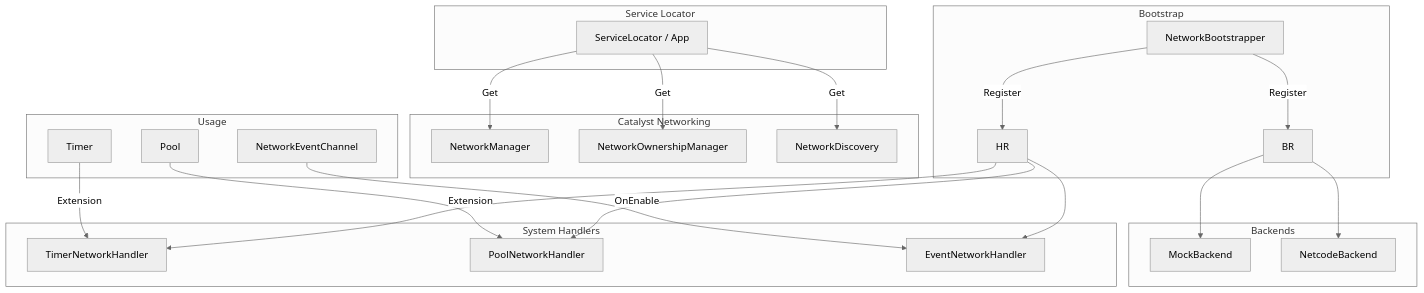
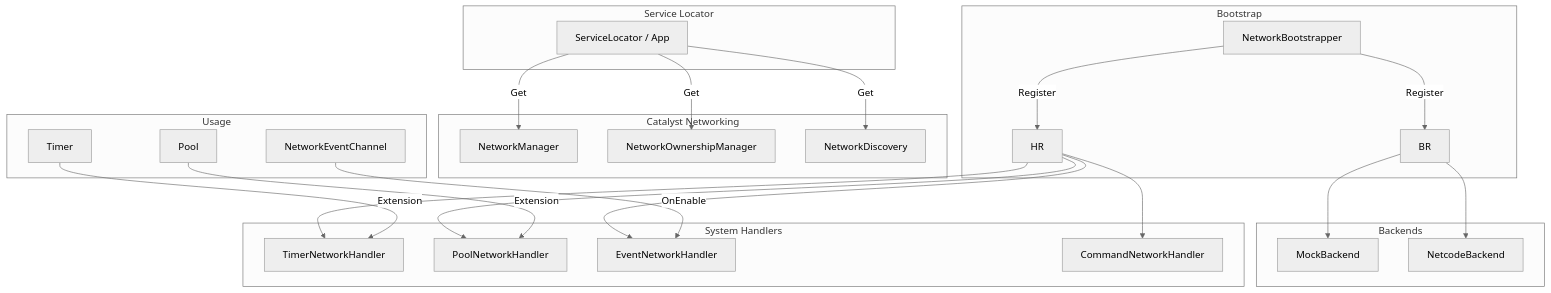
The first of 5 diagrams in Documentation~/Modules/Networking.md (eraflo/Catalyst), drawn with Mermaid (neutral theme) before and after one commit. The commit also changed other lines of this file and 65 other files, not shown here.

````diff
--- a/Documentation~/Modules/Networking.md
+++ b/Documentation~/Modules/Networking.md
@@ -7,38 +7,39 @@
 ```mermaid
 graph TB
     subgraph "Service Locator"
         SL["ServiceLocator / App"]
     end
 
     subgraph "Bootstrap"
         NB[NetworkBootstrapper]
         NB --> |Register| BR
         NB --> |Register| HR
     end
 
     subgraph "Catalyst Networking"
         NM[NetworkManager]
         OM[NetworkOwnershipManager]
         ND[NetworkDiscovery]
     end
 
     subgraph "Backends"
         BR --> MB[MockBackend]
         BR --> NCB[NetcodeBackend]
     end
 
     subgraph "System Handlers"
         HR --> TH[TimerNetworkHandler]
         HR --> PH[PoolNetworkHandler]
         HR --> EH[EventNetworkHandler]
+        HR --> CH[CommandNetworkHandler]
     end
 
     subgraph "Usage"
         SL -- "Get" --> NM
         SL -- "Get" --> OM
         SL -- "Get" --> ND
         T[Timer] --> |Extension| TH
         P[Pool] --> |Extension| PH
         E[NetworkEventChannel] --> |OnEnable| EH
     end
 ```
````
